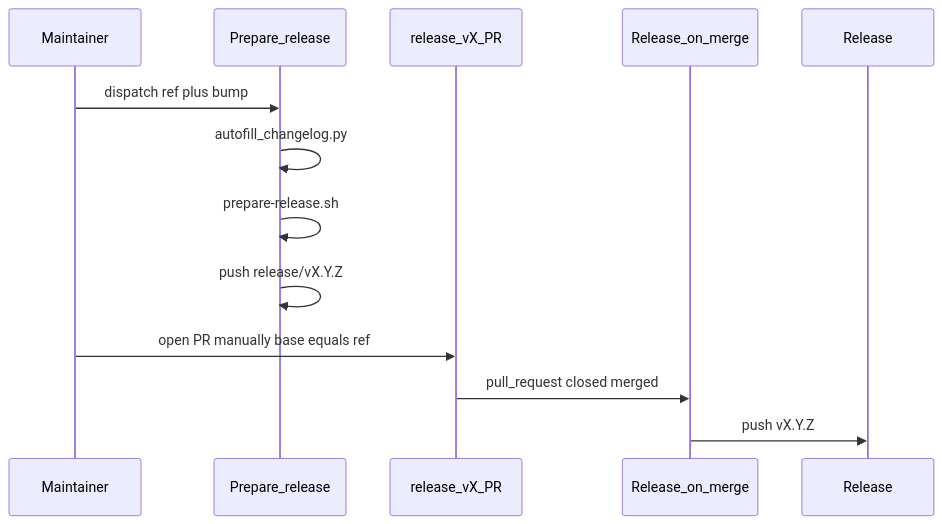
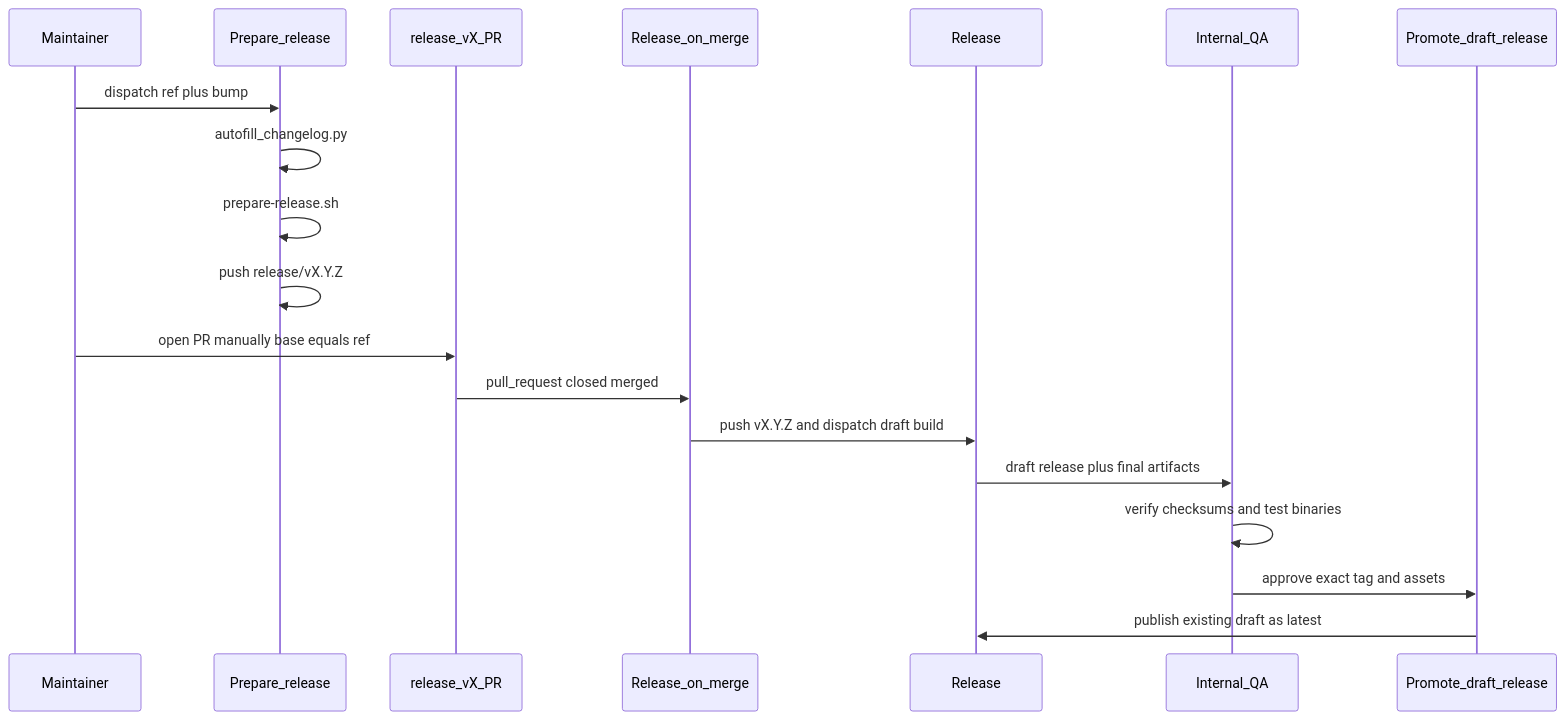
Before and after one commit to PriyanshiAgg/ai-defense-cli: the diagram in docs/specs/003-cli-release/design.md, drawn with Mermaid. The commit also changed other lines of this file and 10 other files, not shown here.

Commit message:
feat: add draft release promotion flow

````diff
--- a/docs/specs/003-cli-release/design.md
+++ b/docs/specs/003-cli-release/design.md
@@ -12,16 +13,22 @@
 ```mermaid
 sequenceDiagram
   participant M as Maintainer
   participant Prep as Prepare_release
   participant PR as release_vX_PR
   participant Tag as Release_on_merge
   participant Rel as Release
+  participant QA as Internal_QA
+  participant Promote as Promote_draft_release
 
   M->>Prep: dispatch ref plus bump
   Prep->>Prep: autofill_changelog.py
   Prep->>Prep: prepare-release.sh
   Prep->>Prep: push release/vX.Y.Z
   M->>PR: open PR manually base equals ref
   PR->>Tag: pull_request closed merged
-  Tag->>Rel: push vX.Y.Z
+  Tag->>Rel: push vX.Y.Z and dispatch draft build
+  Rel->>QA: draft release plus final artifacts
+  QA->>QA: verify checksums and test binaries
+  QA->>Promote: approve exact tag and assets
+  Promote->>Rel: publish existing draft as latest
 ```
````
